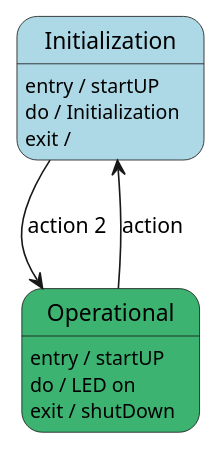
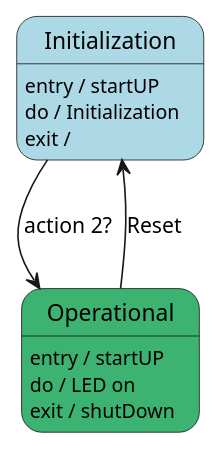
The diagram in DynamicController/docs/diagrams/src/state_part1.puml (pall23-mech/EmbeddedSysGr1), drawn with PlantUML before and after one commit. The commit also changed 6 other files, not shown here.

```diff
--- a/DynamicController/docs/diagrams/src/state_part1.puml
+++ b/DynamicController/docs/diagrams/src/state_part1.puml
@@ -1,18 +1,18 @@
 @startuml State 1
 
 state "Initialization" as I #LightBlue
 I : entry / startUP
 I : do / Initialization
 I : exit / 
 
 state "Operational" as O #MediumSeaGreen
 O : entry / startUP
 O : do / LED on
 O : exit / shutDown
 
 
-O --> I : action
-I --> O : action 2
+O --> I : Reset
+I --> O : action 2?
 
 
 @enduml
```
